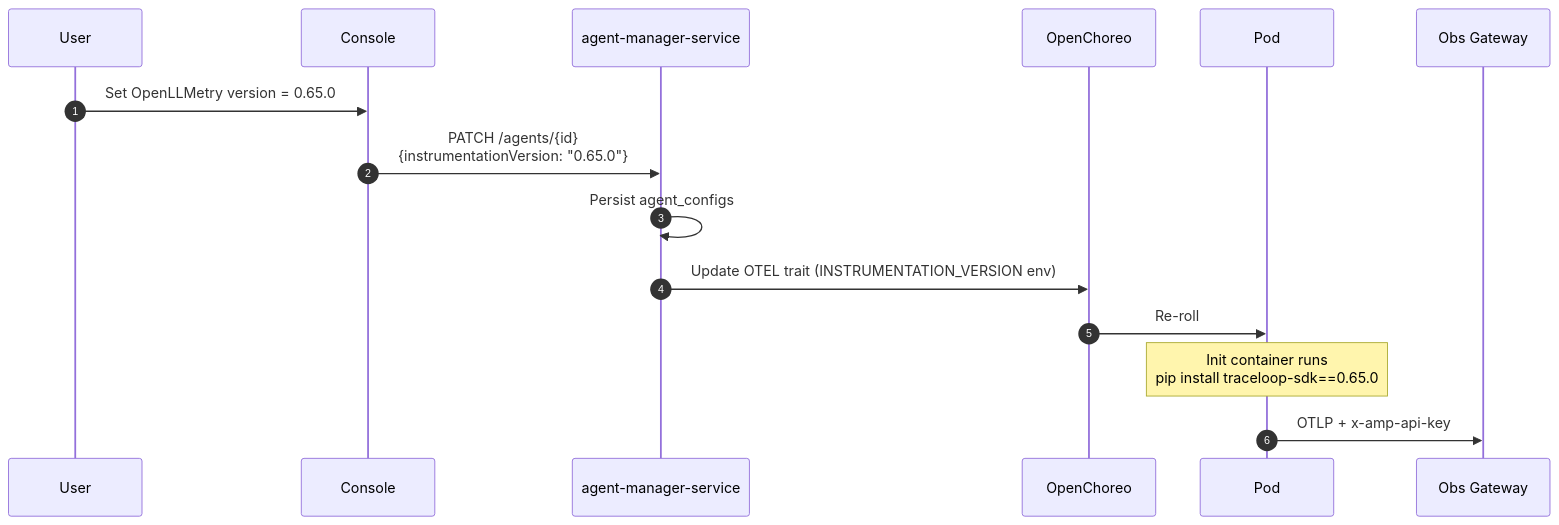
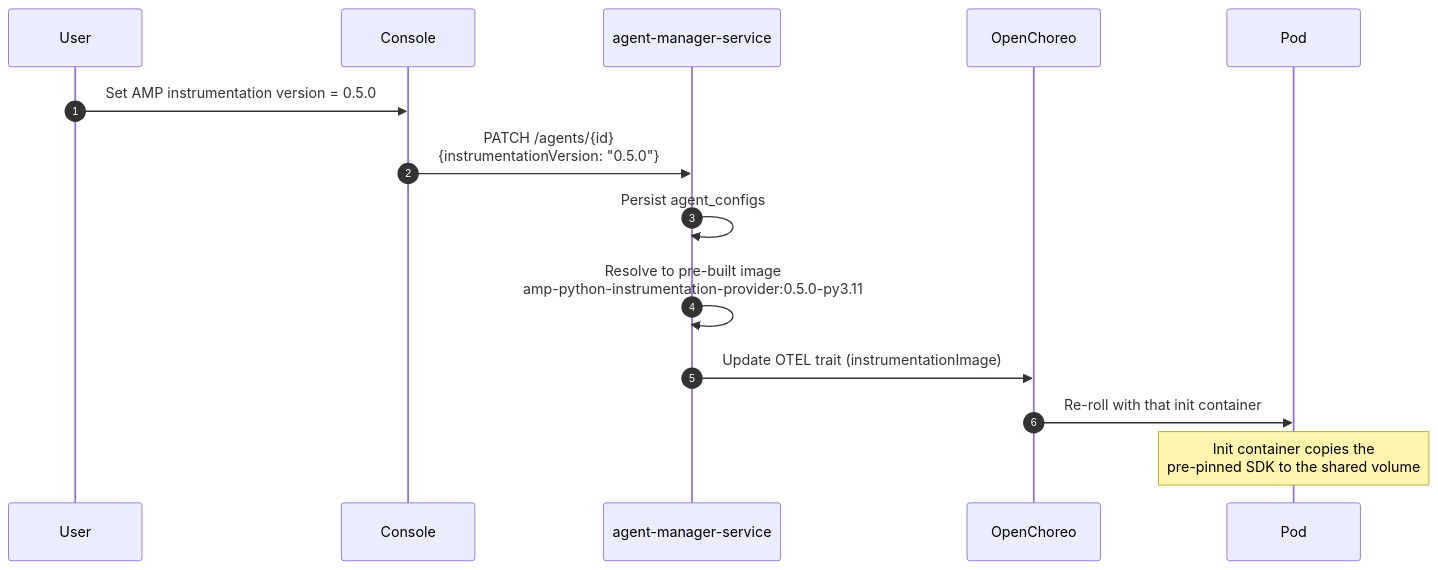
Before and after one commit to RAVEENSR/agent-manager: the fifth of 5 diagrams in references/INSTRUMENTATION_REDESIGN_PROPOSAL.md, drawn with Mermaid. The commit also changed other lines of this file, not shown here.

First line of the commit message:
Revise auto-instrumentation proposal per design review

````diff
--- a/references/INSTRUMENTATION_REDESIGN_PROPOSAL.md
+++ b/references/INSTRUMENTATION_REDESIGN_PROPOSAL.md
@@ -167,18 +167,17 @@
 ```mermaid
 sequenceDiagram
     autonumber
     participant User
     participant Console
     participant API as agent-manager-service
     participant OC as OpenChoreo
     participant Pod
-    participant GW as Obs Gateway
 
-    User->>Console: Set OpenLLMetry version = 0.65.0
-    Console->>API: PATCH /agents/{id}<br/>{instrumentationVersion: "0.65.0"}
+    User->>Console: Set AMP instrumentation version = 0.5.0
+    Console->>API: PATCH /agents/{id}<br/>{instrumentationVersion: "0.5.0"}
     API->>API: Persist agent_configs
-    API->>OC: Update OTEL trait (INSTRUMENTATION_VERSION env)
-    OC->>Pod: Re-roll
-    Note over Pod: Init container runs<br/>pip install traceloop-sdk==0.65.0
-    Pod->>GW: OTLP + x-amp-api-key
+    API->>API: Resolve to pre-built image<br/>amp-python-instrumentation-provider:0.5.0-py3.11
+    API->>OC: Update OTEL trait (instrumentationImage)
+    OC->>Pod: Re-roll with that init container
+    Note over Pod: Init container copies the<br/>pre-pinned SDK to the shared volume
 ```
````
